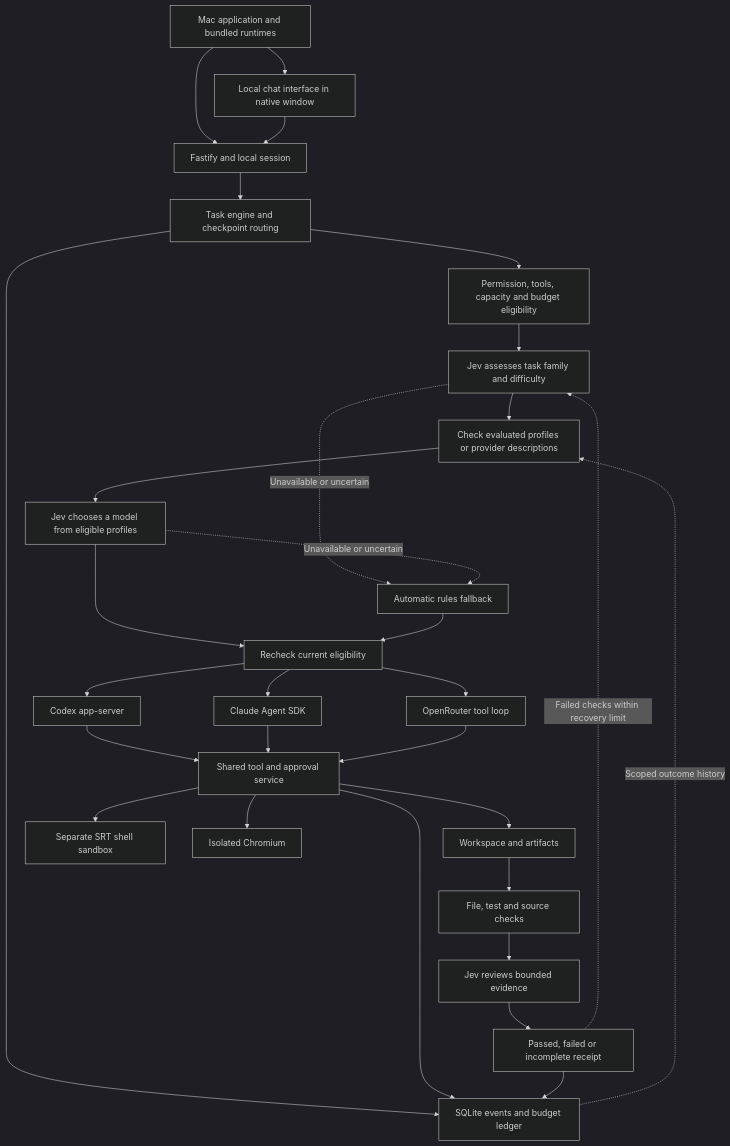
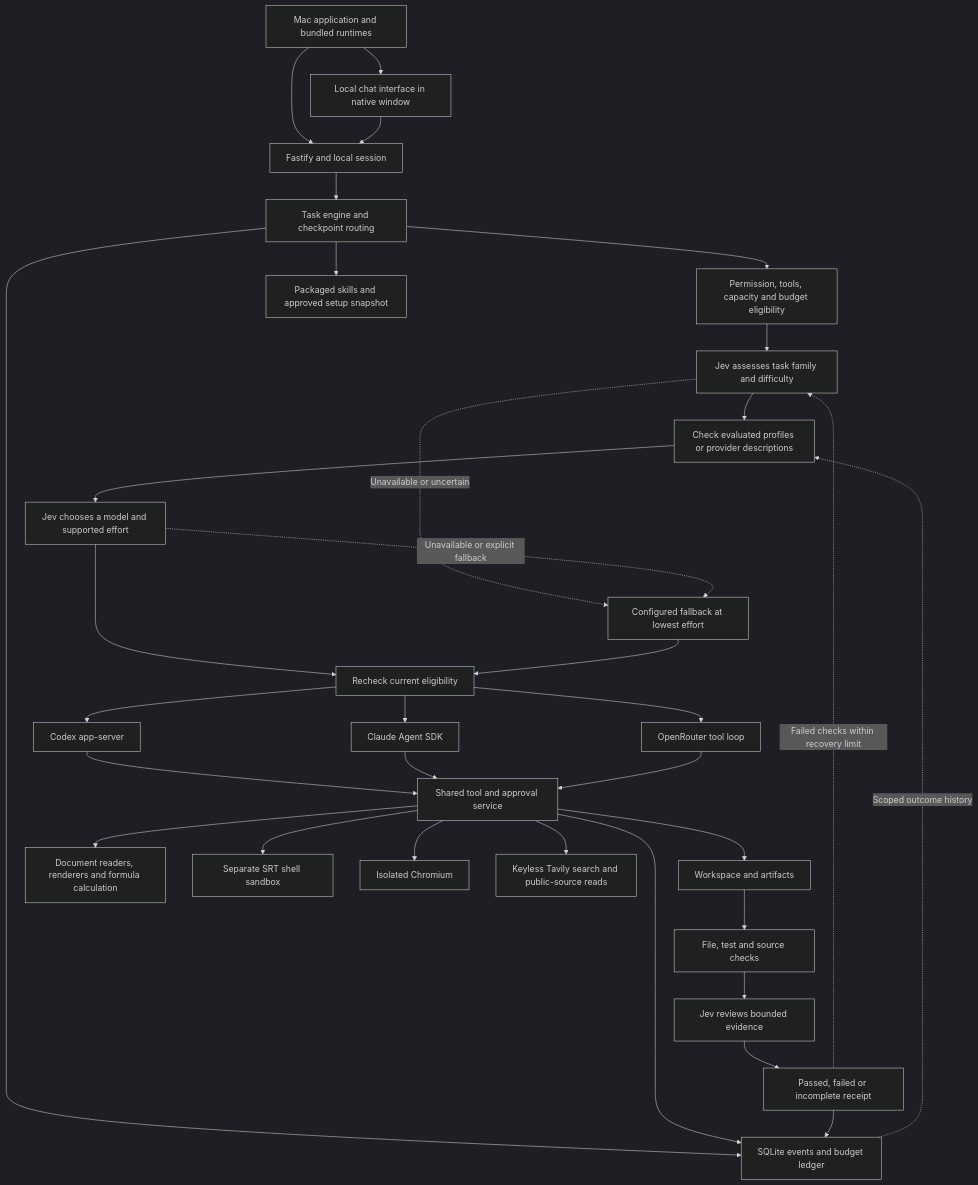
Before and after one commit to duke-autorouter/duke-autorouter: the diagram in docs/ARCHITECTURE.md, drawn with Mermaid (dark theme). The commit also changed other lines of this file and 103 other files, not shown here.

First line of the commit message:
Repair shared tools and add model-effort routing

````diff
--- a/docs/ARCHITECTURE.md
+++ b/docs/ARCHITECTURE.md
@@ -11,32 +8,35 @@
 ```mermaid
 flowchart TD
     App[Mac application and bundled runtimes] --> UI[Local chat interface in native window]
     App --> API[Fastify and local session]
     UI --> API
     API --> Engine[Task engine and checkpoint routing]
     Engine --> Eligible[Permission, tools, capacity and budget eligibility]
     Eligible --> Assessment[Jev assesses task family and difficulty]
     Assessment --> Qualified[Check evaluated profiles or provider descriptions]
-    Qualified --> Select[Jev chooses a model from eligible profiles]
+    Qualified --> Select[Jev chooses a model and supported effort]
     Select --> Validate[Recheck current eligibility]
     Validate --> Codex[Codex app-server]
     Validate --> Claude[Claude Agent SDK]
     Validate --> OR[OpenRouter tool loop]
-    Assessment -. Unavailable or uncertain .-> Rules[Automatic rules fallback]
-    Select -. Unavailable or uncertain .-> Rules
+    Assessment -. Unavailable or uncertain .-> Rules[Configured fallback at lowest effort]
+    Select -. Unavailable or explicit fallback .-> Rules
     Rules --> Validate
     Codex --> Tools[Shared tool and approval service]
     Claude --> Tools
     OR --> Tools
     Tools --> Files[Workspace and artifacts]
+    Tools --> Documents[Document readers, renderers and formula calculation]
+    Engine --> Skills[Packaged skills and approved setup snapshot]
     Tools --> Shell[Separate SRT shell sandbox]
     Tools --> Browser[Isolated Chromium]
+    Tools --> Search[Keyless Tavily search and public-source reads]
     Engine --> DB[SQLite events and budget ledger]
     Tools --> DB
     Files --> Verify[File, test and source checks]
     Verify --> Review[Jev reviews bounded evidence]
     Review --> Outcome[Passed, failed or incomplete receipt]
     Outcome --> DB
     Outcome -. Failed checks within recovery limit .-> Assessment
     DB -. Scoped outcome history .-> Qualified
 ```
````
